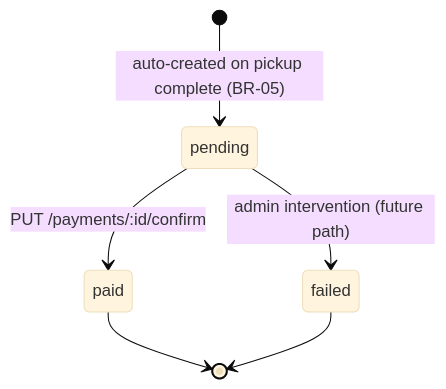
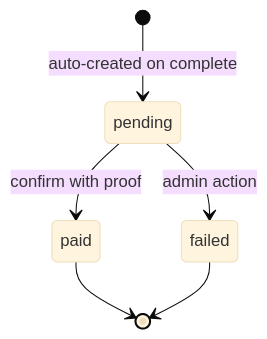
One commit to fairyhunter13/community-waste-collection-system changed the second of 6 diagrams in docs/business-processes.md. Above: the diagram before and after it, drawn with Mermaid (base theme). The commit also changed other lines of this file, not shown here.

First line of the commit message:
fix(docs): remove /:id/ paths from stateDiagram-v2 transition labels

````diff
--- a/docs/business-processes.md
+++ b/docs/business-processes.md
@@ -36,8 +36,8 @@
 ```mermaid
 stateDiagram-v2
-    [*] --> pending : auto-created on pickup complete (BR-05)
-    pending --> paid : PUT /payments/:id/confirm
-    pending --> failed : admin intervention (future path)
+    [*] --> pending : auto-created on complete
+    pending --> paid : confirm with proof
+    pending --> failed : admin action
     paid --> [*]
     failed --> [*]
 ```
````
